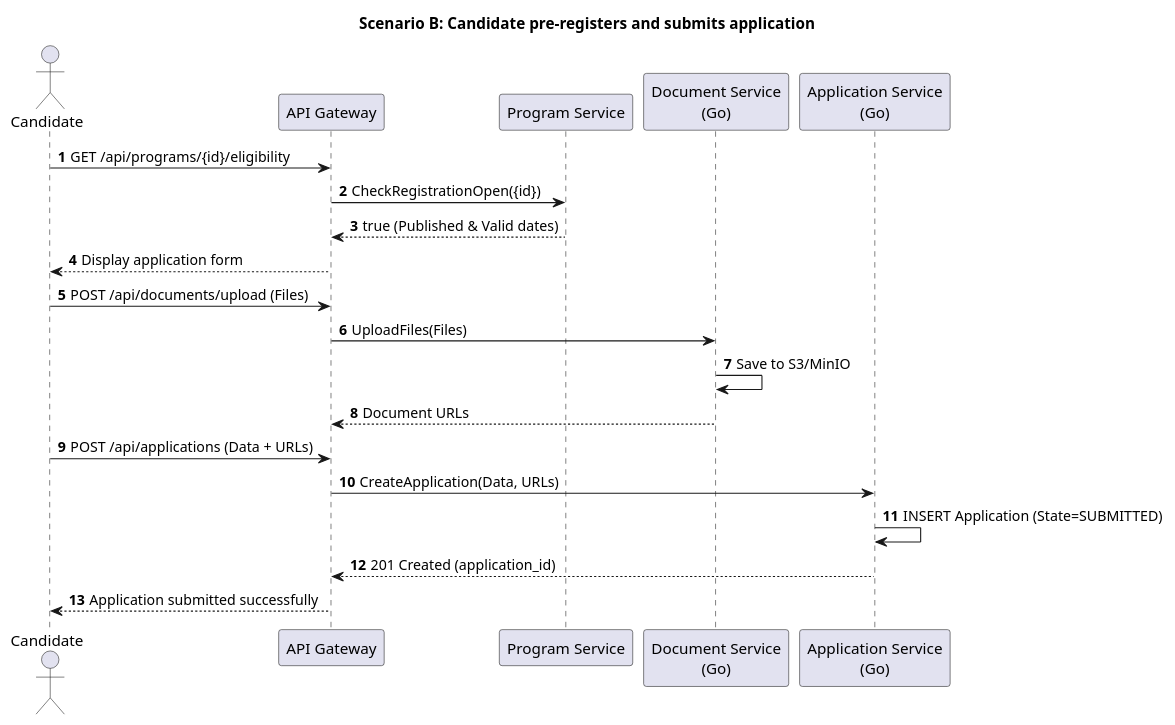
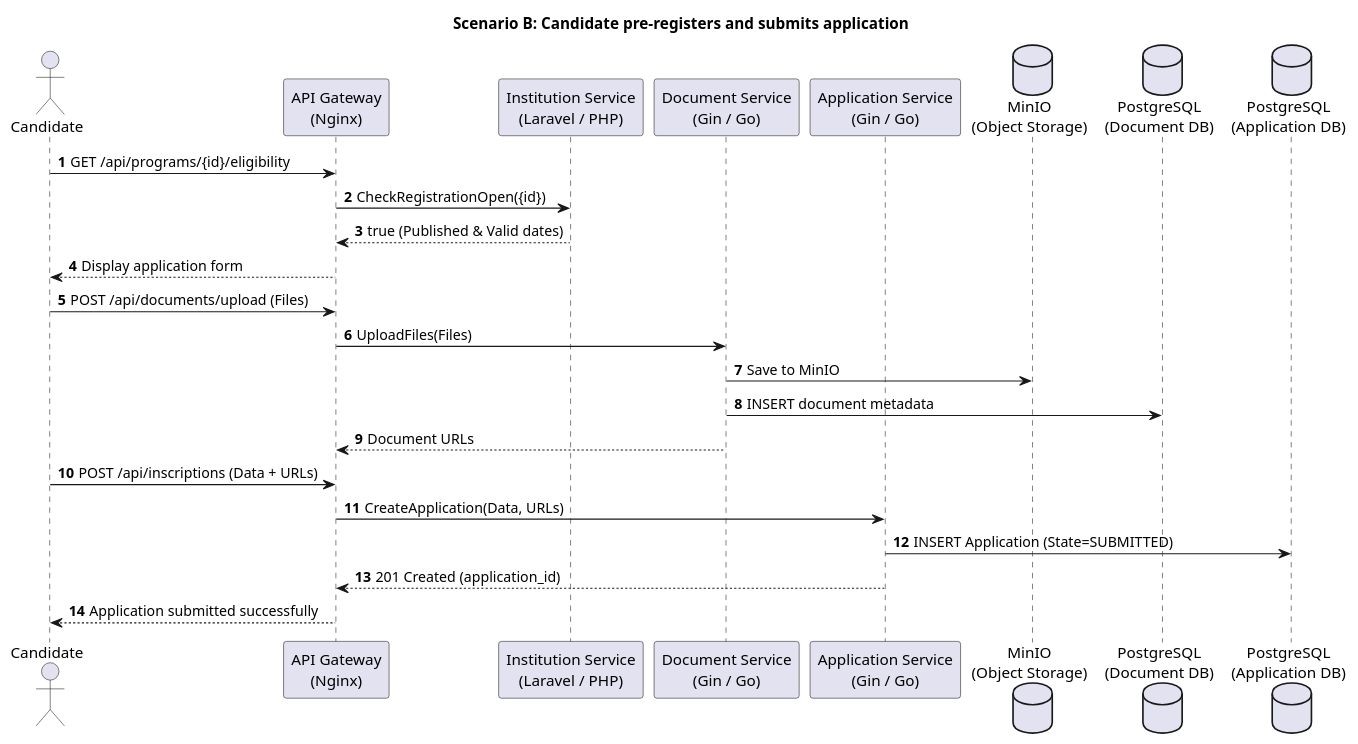
One commit to aminemanssouri/FST-CFC changed the second of 4 diagrams in docs/3_sequence_diagrams.puml. Above: the diagram before and after it, drawn with PlantUML. The commit also changed other lines of this file and 8 other files, not shown here.

Commit message:
docs: Add system diagrams including sequence, state, activity, class, and use cases.

```diff
--- a/docs/3_sequence_diagrams.puml
+++ b/docs/3_sequence_diagrams.puml
@@ -29,26 +29,30 @@
 @startuml
 title Scenario B: Candidate pre-registers and submits application
 autonumber
 
 actor "Candidate" as Cand
-participant "API Gateway" as API
-participant "Program Service" as Prog
-participant "Document Service\n(Go)" as Doc
-participant "Application Service\n(Go)" as App
+participant "API Gateway\n(Nginx)" as API
+participant "Institution Service\n(Laravel / PHP)" as Inst
+participant "Document Service\n(Gin / Go)" as Doc
+participant "Application Service\n(Gin / Go)" as App
+database "MinIO\n(Object Storage)" as S3
+database "PostgreSQL\n(Document DB)" as DocDB
+database "PostgreSQL\n(Application DB)" as AppDB
 
 Cand -> API : GET /api/programs/{id}/eligibility
-API -> Prog : CheckRegistrationOpen({id})
-Prog --> API : true (Published & Valid dates)
+API -> Inst : CheckRegistrationOpen({id})
+Inst --> API : true (Published & Valid dates)
 API --> Cand : Display application form
 
 Cand -> API : POST /api/documents/upload (Files)
 API -> Doc : UploadFiles(Files)
-Doc -> Doc : Save to S3/MinIO
+Doc -> S3 : Save to MinIO
+Doc -> DocDB : INSERT document metadata
 Doc --> API : Document URLs
 
-Cand -> API : POST /api/applications (Data + URLs)
+Cand -> API : POST /api/inscriptions (Data + URLs)
 API -> App : CreateApplication(Data, URLs)
-App -> App : INSERT Application (State=SUBMITTED)
+App -> AppDB : INSERT Application (State=SUBMITTED)
 App --> API : 201 Created (application_id)
 API --> Cand : Application submitted successfully
 @enduml
```
